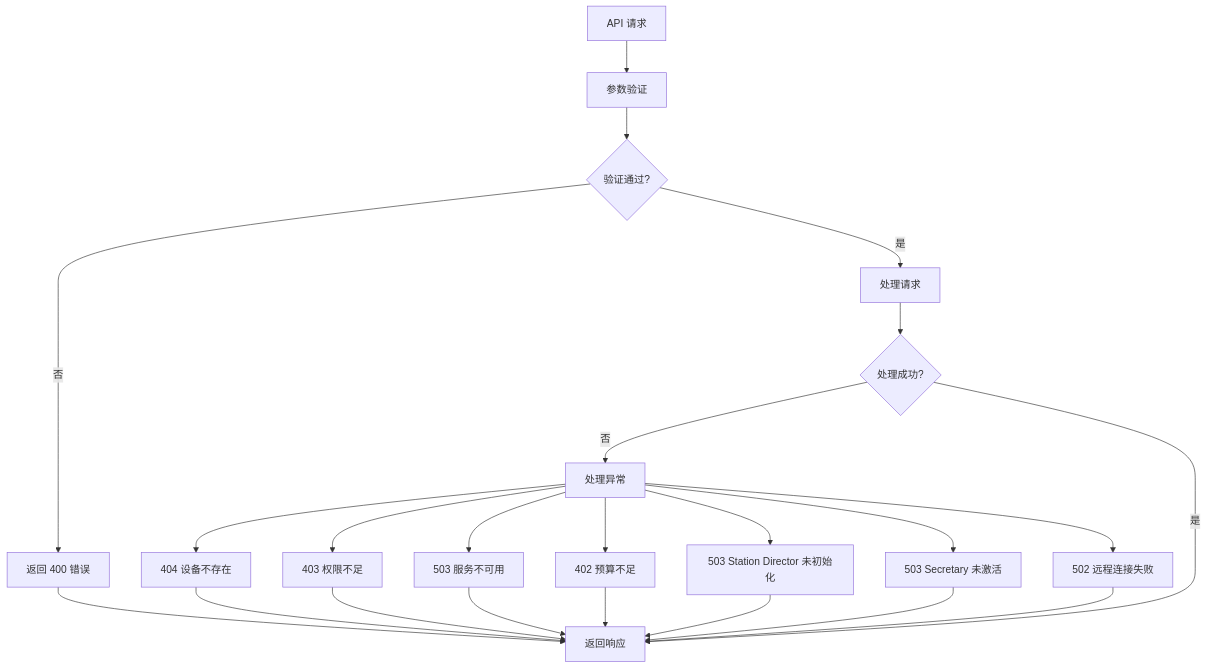
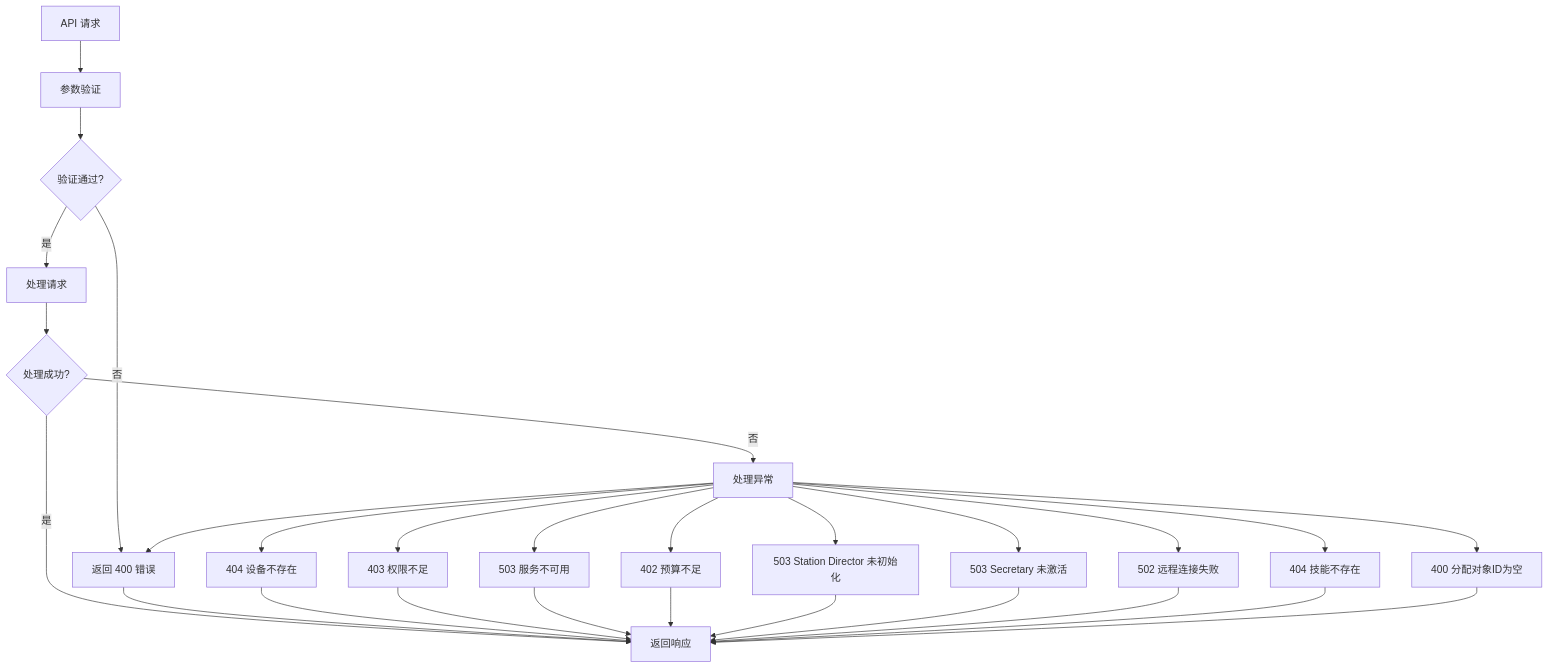
One commit to targalian/Personal-distributed-workstation changed the fifth of 5 diagrams in .qoder/repowiki/zh/content/Web API 接口/Web API 接口.md. Above: the diagram before and after it, drawn with Mermaid. The commit also changed other lines of this file and 92 other files, not shown here.

````diff
--- a/.qoder/repowiki/zh/content/Web API 接口/Web API 接口.md
+++ b/.qoder/repowiki/zh/content/Web API 接口/Web API 接口.md
@@ -1048,25 +1190,29 @@
 ```mermaid
 flowchart TD
 Request[API 请求] --> Validation[参数验证]
 Validation --> Valid{验证通过?}
 Valid --> |否| ValidationError[返回 400 错误]
 Valid --> |是| Process[处理请求]
 Process --> Success{处理成功?}
 Success --> |否| ProcessError[处理异常]
 Success --> |是| Response[返回响应]
 ProcessError --> NotFound[404 设备不存在]
 ProcessError --> Forbidden[403 权限不足]
 ProcessError --> ServiceUnavailable[503 服务不可用]
 ProcessError --> PaymentRequired[402 预算不足]
 ProcessError --> StationNotInitialized[503 Station Director 未初始化]
 ProcessError --> RoleNotActive[503 Secretary 未激活]
 ProcessError --> RemoteConnection[502 远程连接失败]
-ValidationError --> Response
+ProcessError --> SkillNotFound[404 技能不存在]
+ProcessError --> InvalidAssignee[400 分配对象ID为空]
+ProcessError --> ValidationError --> Response
 NotFound --> Response
 Forbidden --> Response
 ServiceUnavailable --> Response
 PaymentRequired --> Response
 StationNotInitialized --> Response
 RoleNotActive --> Response
 RemoteConnection --> Response
+SkillNotFound --> Response
+InvalidAssignee --> Response
 ```
````
